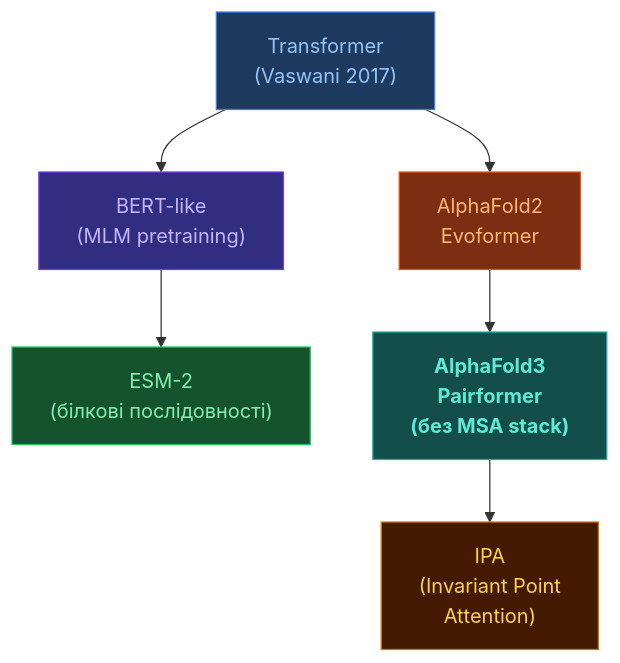
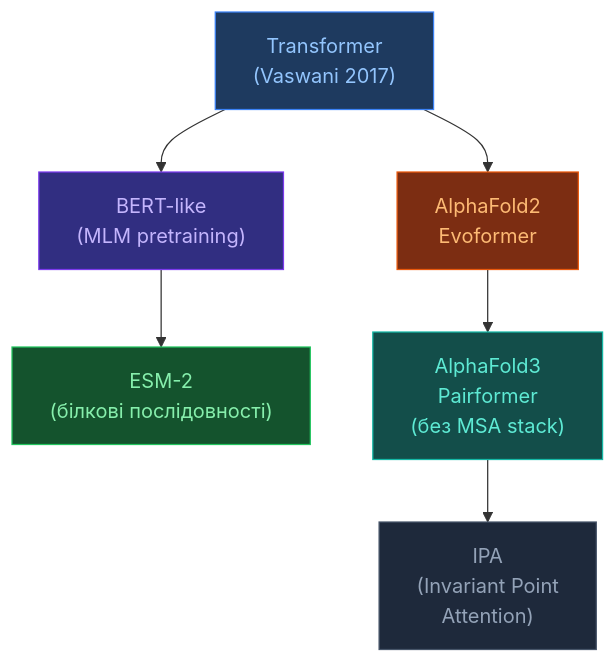
One commit to OlehVolkov/AlphaFold3-AIGen-KnowledgeBase changed the second of 3 diagrams in UA/2. Концепції/2.2. Машинне-Навчання/2.2.1. Трансформери.md. Above: the diagram before and after it, drawn with Mermaid. The commit also changed other lines of this file and 35 other files, not shown here.

````diff
--- a/UA/2. Концепції/2.2. Машинне-Навчання/2.2.1. Трансформери.md
+++ b/UA/2. Концепції/2.2. Машинне-Навчання/2.2.1. Трансформери.md
@@ -33,20 +164,20 @@
 ```mermaid
 flowchart TD
-    T["Transformer<br/>(Vaswani 2017)"]:::base
-    BI["BERT-like<br/>(MLM pretraining)"]:::nlp
-    ESM["ESM-2<br/>(білкові послідовності)"]:::bio
-    AF2["AlphaFold2<br/>Evoformer"]:::af
-    AF3["AlphaFold3<br/>Pairformer<br/>(без MSA stack)"]:::af3
-    IPA["IPA<br/>(Invariant Point<br/>Attention)"]:::geom
+    T["Transformer<br/>(Vaswani 2017)"]:::input
+    BI["BERT-like<br/>(MLM pretraining)"]:::trunk
+    ESM["ESM-2<br/>(білкові послідовності)"]:::diffusion
+    AF2["AlphaFold2<br/>Evoformer"]:::confidence
+    AF3["AlphaFold3<br/>Pairformer<br/>(без MSA stack)"]:::output
+    IPA["IPA<br/>(Invariant Point<br/>Attention)"]:::neutral
 
     T --> BI --> ESM
     T --> AF2 --> AF3
     AF3 --> IPA
 
-    classDef base fill:#1e3a5f,stroke:#3b82f6,color:#93c5fd
-    classDef nlp  fill:#312e81,stroke:#7c3aed,color:#c4b5fd
-    classDef bio  fill:#14532d,stroke:#22c55e,color:#86efac
-    classDef af   fill:#7c2d12,stroke:#ea580c,color:#fdba74
-    classDef af3  fill:#134e4a,stroke:#14b8a6,color:#5eead4,font-weight:bold
-    classDef geom fill:#451a03,stroke:#d97706,color:#fcd34d
+    classDef input fill:#1e3a5f,stroke:#3b82f6,color:#93c5fd
+    classDef trunk fill:#312e81,stroke:#7c3aed,color:#c4b5fd
+    classDef diffusion fill:#14532d,stroke:#22c55e,color:#86efac
+    classDef confidence fill:#7c2d12,stroke:#ea580c,color:#fdba74
+    classDef output fill:#134e4a,stroke:#14b8a6,color:#5eead4
+    classDef neutral fill:#1e293b,stroke:#475569,color:#94a3b8
 ```
````
